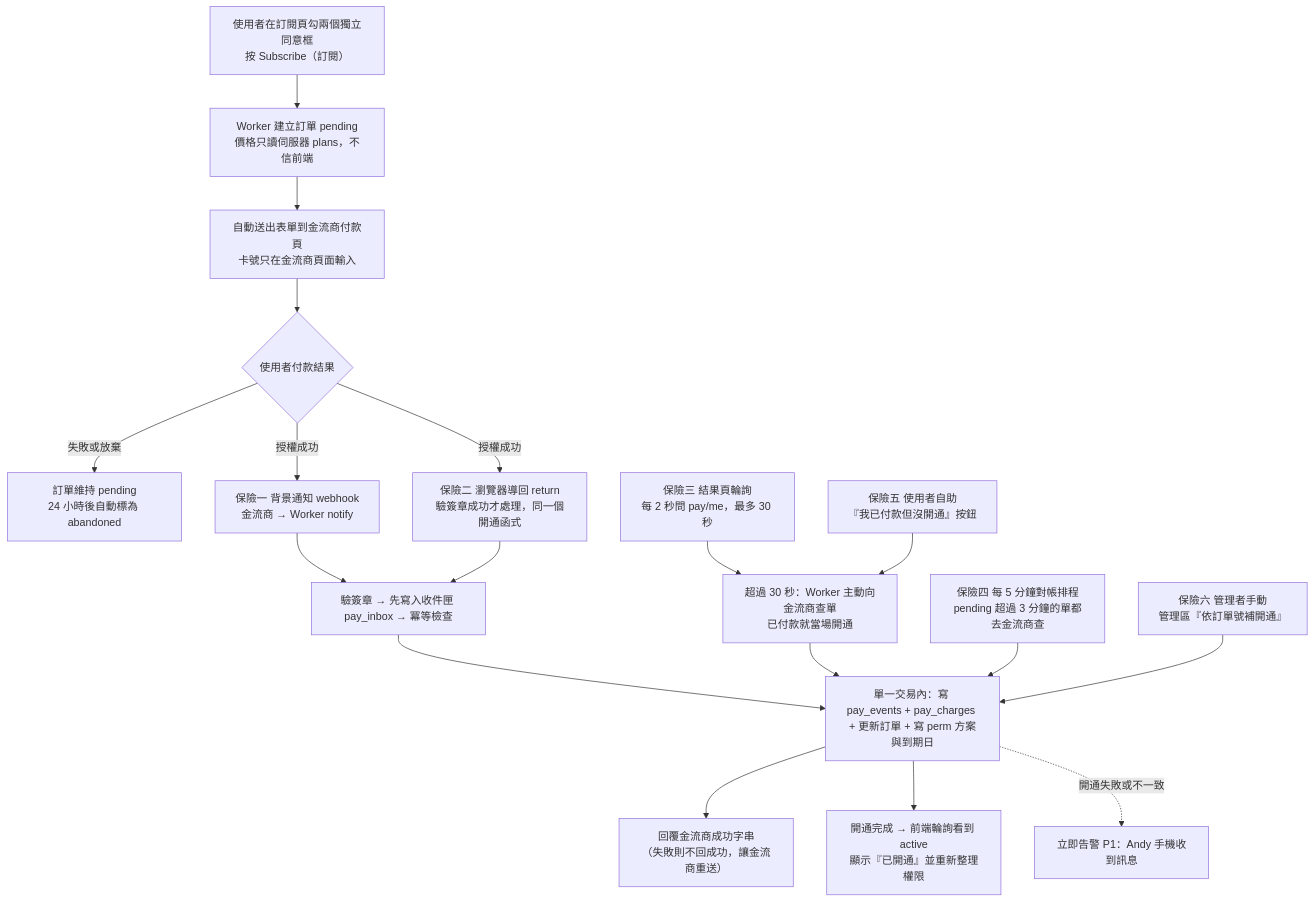
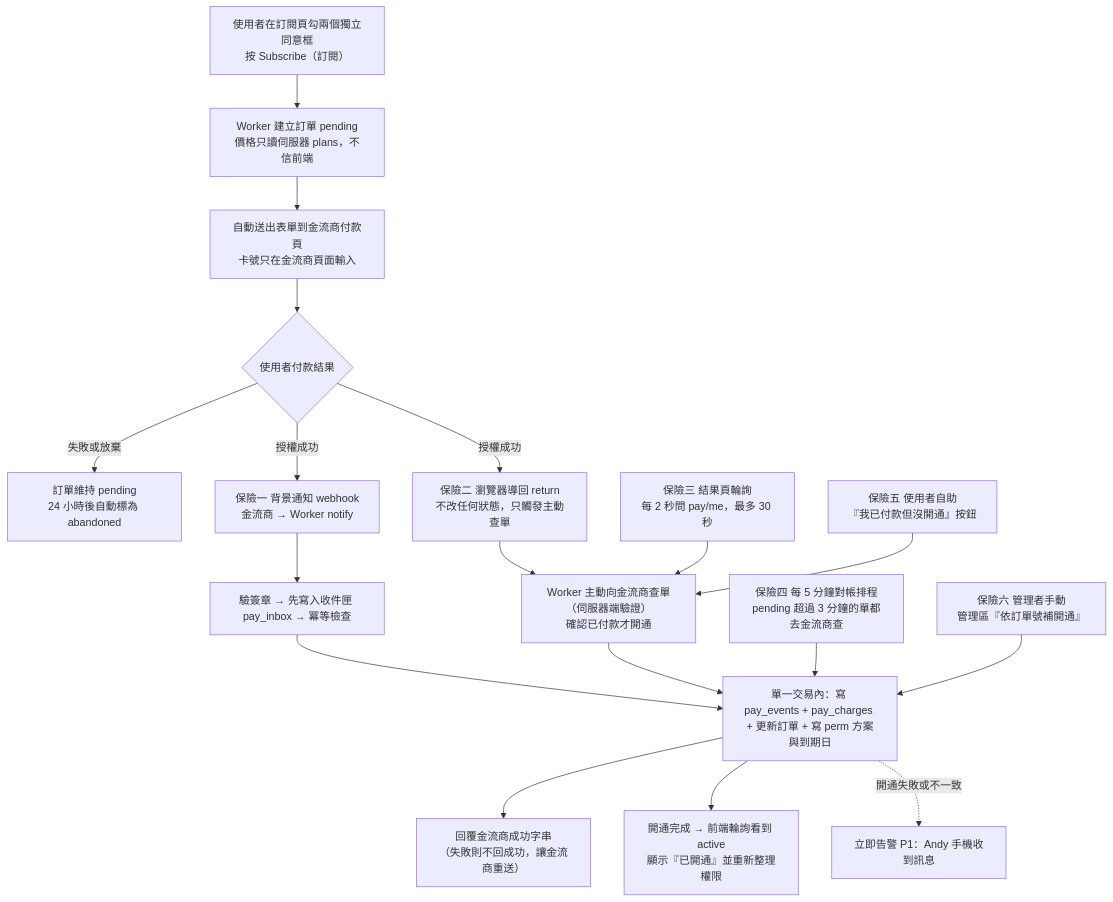
The first of 9 diagrams in docs/payments/checkout_subscription_spec.md (MiaoZiKe/tw-rotation), drawn with Mermaid before and after one commit. The commit also changed other lines of this file and 1 other file, not shown here.

````diff
--- a/docs/payments/checkout_subscription_spec.md
+++ b/docs/payments/checkout_subscription_spec.md
@@ -16,20 +22,20 @@
 ```mermaid
 flowchart TD
   A["使用者在訂閱頁勾兩個獨立同意框<br/>按 Subscribe（訂閱）"] --> B["Worker 建立訂單 pending<br/>價格只讀伺服器 plans，不信前端"]
   B --> C["自動送出表單到金流商付款頁<br/>卡號只在金流商頁面輸入"]
   C --> D{"使用者付款結果"}
   D -- "失敗或放棄" --> D1["訂單維持 pending<br/>24 小時後自動標為 abandoned"]
   D -- "授權成功" --> E1["保險一 背景通知 webhook<br/>金流商 → Worker notify"]
-  D -- "授權成功" --> E2["保險二 瀏覽器導回 return<br/>驗簽章成功才處理，同一個開通函式"]
+  D -- "授權成功" --> E2["保險二 瀏覽器導回 return<br/>不改任何狀態，只觸發主動查單"]
   E1 --> F["驗簽章 → 先寫入收件匣 pay_inbox → 冪等檢查"]
-  E2 --> F
+  E2 --> X2
   F --> G["單一交易內：寫 pay_events + pay_charges + 更新訂單 + 寫 perm 方案與到期日"]
   G --> H["回覆金流商成功字串<br/>（失敗則不回成功，讓金流商重送）"]
   G --> I["開通完成 → 前端輪詢看到 active<br/>顯示『已開通』並重新整理權限"]
-  X1["保險三 結果頁輪詢<br/>每 2 秒問 pay/me，最多 30 秒"] --> X2["超過 30 秒：Worker 主動向金流商查單<br/>已付款就當場開通"]
+  X1["保險三 結果頁輪詢<br/>每 2 秒問 pay/me，最多 30 秒"] --> X2["Worker 主動向金流商查單（伺服器端驗證）<br/>確認已付款才開通"]
   X2 --> G
   Y1["保險四 每 5 分鐘對帳排程<br/>pending 超過 3 分鐘的單都去金流商查"] --> G
   Z1["保險五 使用者自助<br/>『我已付款但沒開通』按鈕"] --> X2
   W1["保險六 管理者手動<br/>管理區『依訂單號補開通』"] --> G
   G -. "開通失敗或不一致" .-> AL["立即告警 P1：Andy 手機收到訊息"]
 ```
````
